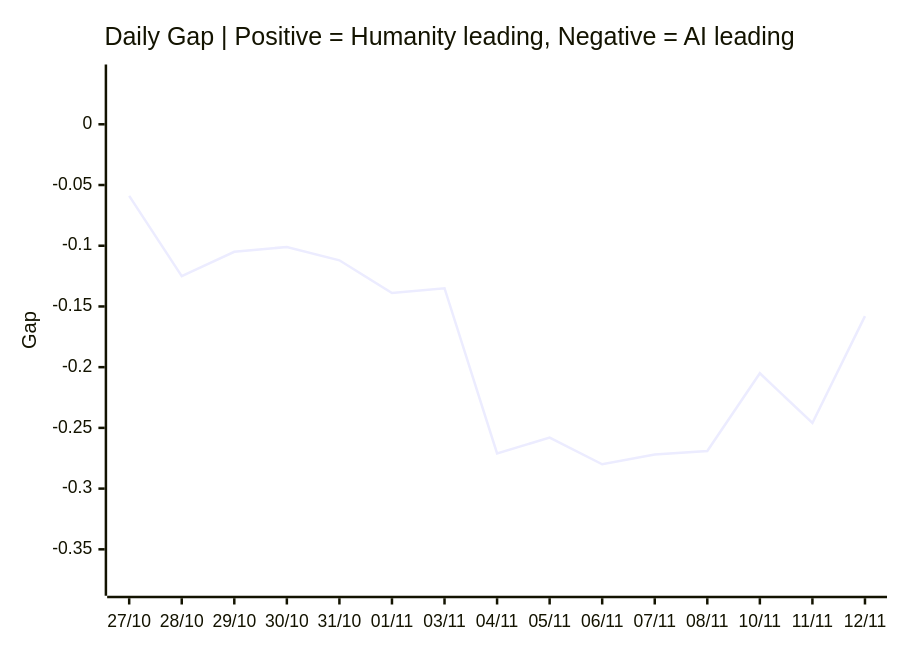
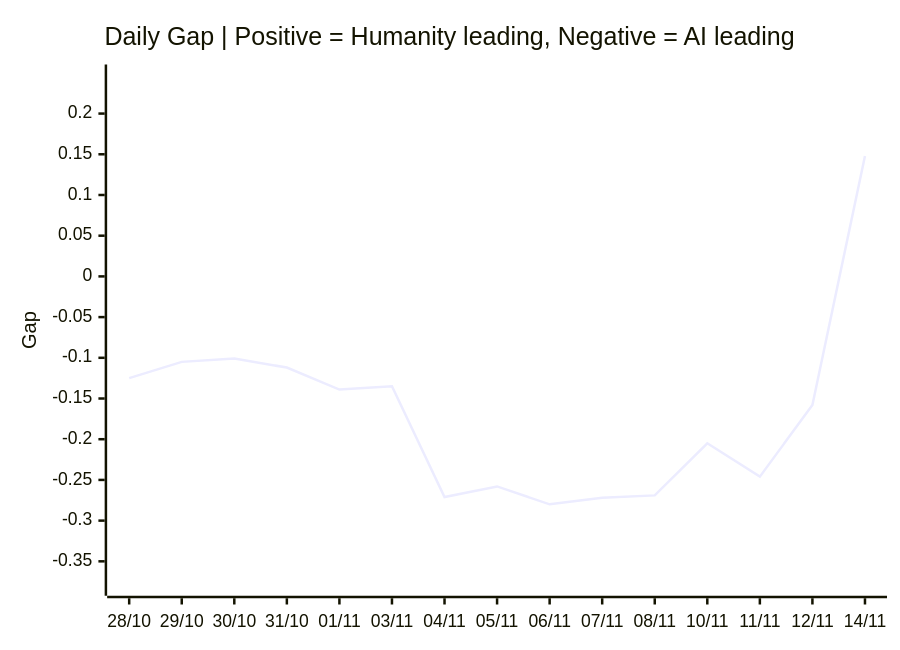
The third of 3 diagrams in README.md (VQQLK/Human-AI-Monitor), drawn with Mermaid before and after one commit. The commit also changed other lines of this file and 3 other files, not shown here.

````diff
--- a/README.md
+++ b/README.md
@@ -55,7 +55,7 @@
 ```mermaid
 xychart-beta
     title "Daily Gap | Positive = Humanity leading, Negative = AI leading"
-    x-axis ["27/10", "28/10", "29/10", "30/10", "31/10", "01/11", "03/11", "04/11", "05/11", "06/11", "07/11", "08/11", "10/11", "11/11", "12/11"]
-    y-axis "Gap" -0.380 --> 0.041
-    line [-0.059, -0.125, -0.105, -0.101, -0.112, -0.139, -0.135, -0.271, -0.258, -0.280, -0.272, -0.269, -0.205, -0.246, -0.158]
+    x-axis ["28/10", "29/10", "30/10", "31/10", "01/11", "03/11", "04/11", "05/11", "06/11", "07/11", "08/11", "10/11", "11/11", "12/11", "14/11"]
+    y-axis "Gap" -0.380 --> 0.248
+    line [-0.125, -0.105, -0.101, -0.112, -0.139, -0.135, -0.271, -0.258, -0.280, -0.272, -0.269, -0.205, -0.246, -0.158, 0.148]
 ```
````
